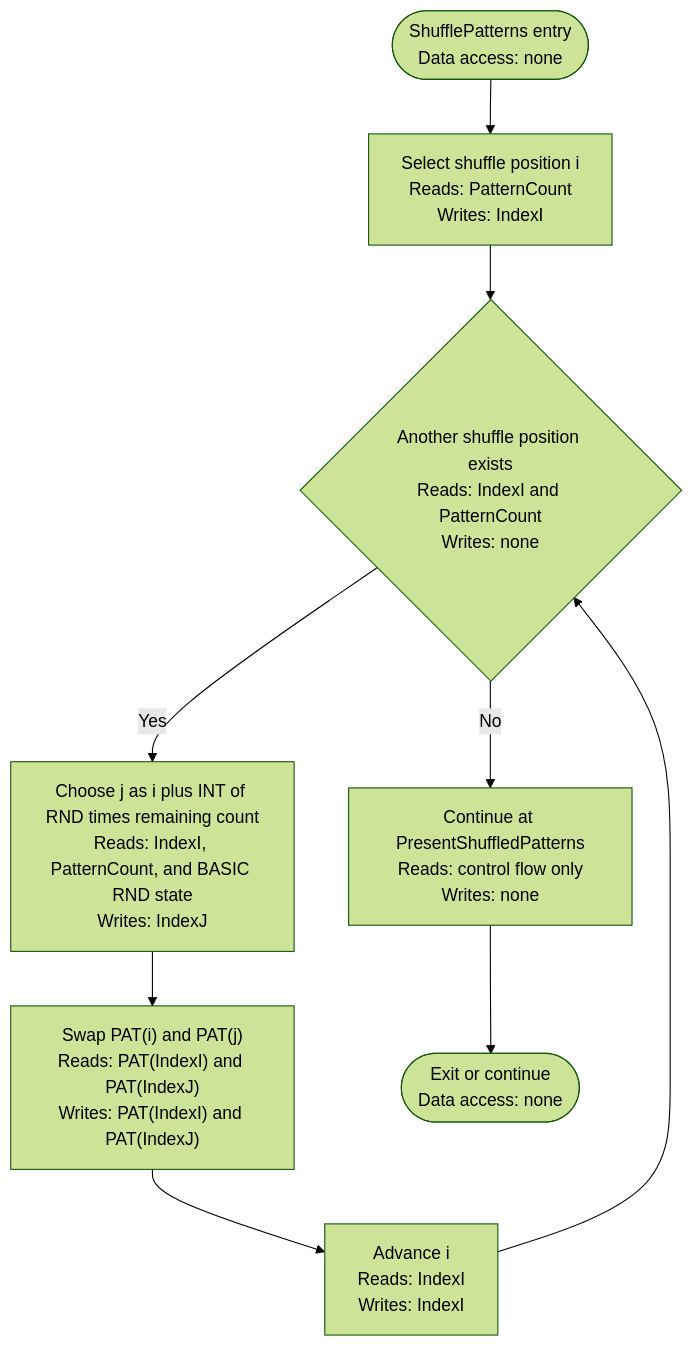
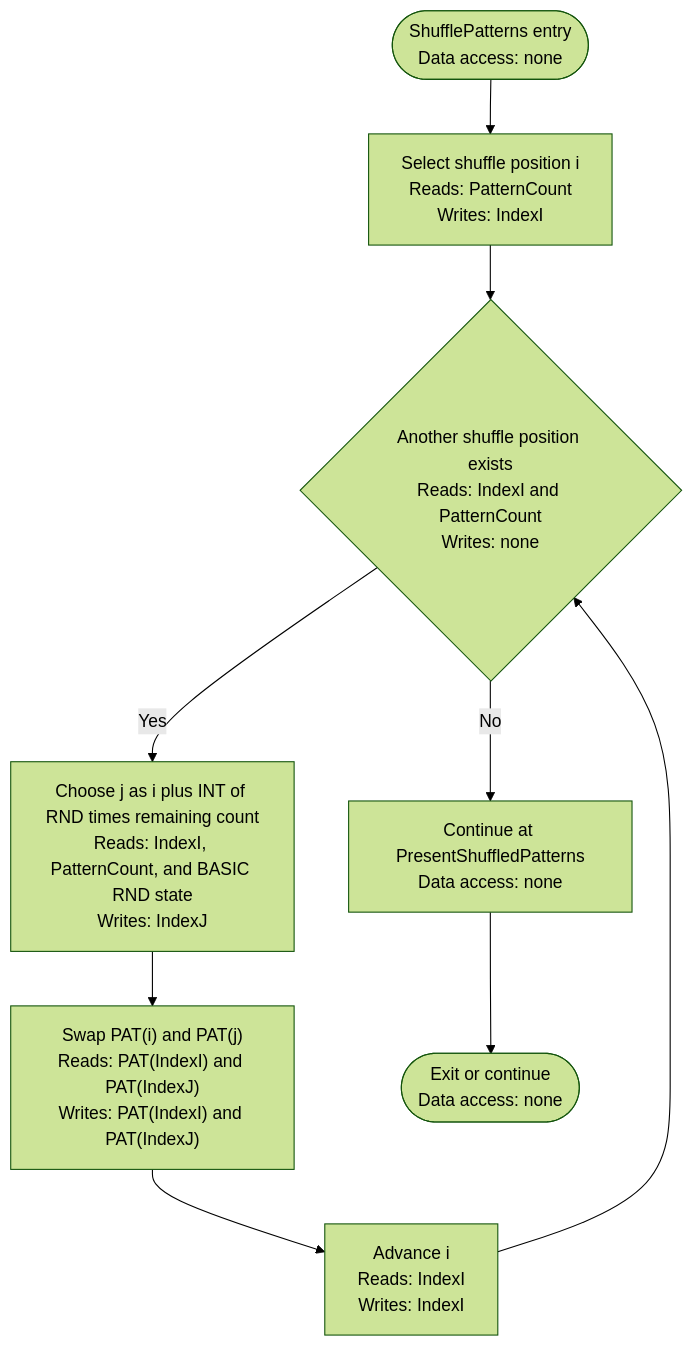
One commit to sharpninja/NeuralNetworks changed diagram 26 of 44 in docs/Diagrams/CL-ML-Activity-Diagrams.md. Above: the diagram before and after it, drawn with Mermaid (forest theme). The commit also changed other lines of this file and 10 other files, not shown here.

````diff
--- a/docs/Diagrams/CL-ML-Activity-Diagrams.md
+++ b/docs/Diagrams/CL-ML-Activity-Diagrams.md
@@ -598,11 +630,11 @@
 ```mermaid
 flowchart TD
     A(["ShufflePatterns entry<br/>Data access: none"]) --> B["Select shuffle position i<br/>Reads: PatternCount<br/>Writes: IndexI"]
     B --> C{"Another shuffle position exists<br/>Reads: IndexI and PatternCount<br/>Writes: none"}
     C -- Yes --> D["Choose j as i plus INT of RND times remaining count<br/>Reads: IndexI, PatternCount, and BASIC RND state<br/>Writes: IndexJ"]
     D --> E["Swap PAT(i) and PAT(j)<br/>Reads: PAT(IndexI) and PAT(IndexJ)<br/>Writes: PAT(IndexI) and PAT(IndexJ)"]
     E --> F["Advance i<br/>Reads: IndexI<br/>Writes: IndexI"]
     F --> C
-    C -- No --> G["Continue at PresentShuffledPatterns<br/>Reads: control flow only<br/>Writes: none"]
+    C -- No --> G["Continue at PresentShuffledPatterns<br/>Data access: none"]
     G --> Z(["Exit or continue<br/>Data access: none"])
 ```
````
